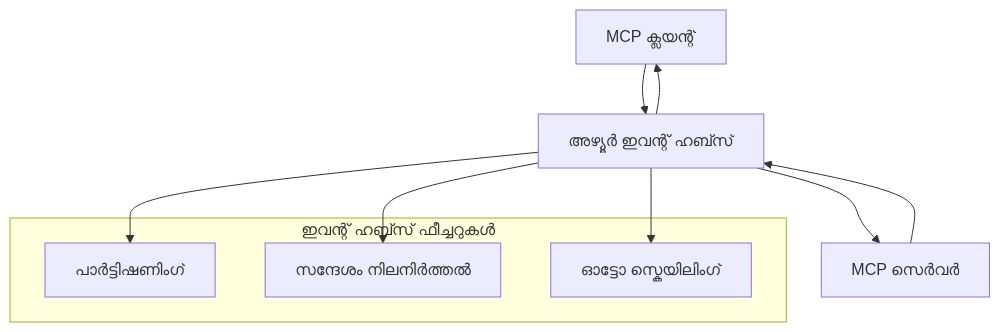
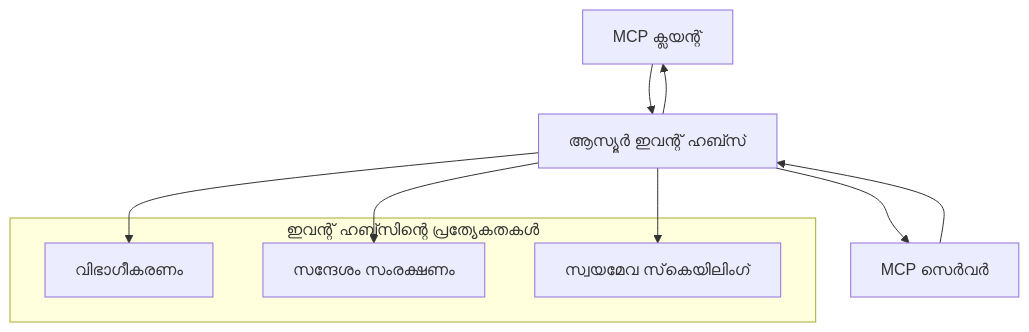
Before and after one commit to HIDORAKAI002/ai-workspace-archive: the second of 2 diagrams in mcp_ecosystem__model_context_protocol/mcp_learning_resources/mcp-for-beginners/translations/ml/05-AdvancedTopics/mcp-transport/README.md, drawn with Mermaid. The commit also changed other lines of this file and 1046 other files, not shown here.

````diff
--- a/mcp_ecosystem__model_context_protocol/mcp_learning_resources/mcp-for-beginners/translations/ml/05-AdvancedTopics/mcp-transport/README.md
+++ b/mcp_ecosystem__model_context_protocol/mcp_learning_resources/mcp-for-beginners/translations/ml/05-AdvancedTopics/mcp-transport/README.md
@@ -270,17 +272,17 @@
 ```mermaid
 graph TB
-    Client[MCP ക്ലയന്റ്] --> EH[അഴ്യൂർ ഇവന്റ് ഹബ്സ്]
+    Client[MCP ക്ലയന്റ്] --> EH[ആസ്യൂർ ഇവന്റ് ഹബ്സ്]
     EH --> Server[MCP സെർവർ]
     Server --> EH
     EH --> Client
     
-    subgraph "ഇവന്റ് ഹബ്സ് ഫീച്ചറുകൾ"
-        Partition[പാർട്ടിഷണിംഗ്]
-        Retention[സന്ദേശം നിലനിർത്തൽ]
-        Scaling[ഓട്ടോ സ്കെയിലിംഗ്]
+    subgraph "ഇവന്റ് ഹബ്സിന്റെ പ്രത്യേകതകൾ"
+        Partition[വിഭാഗീകരണം]
+        Retention[സന്ദേശം സംരക്ഷണം]
+        Scaling[സ്വയമേവ സ്‌കെയിലിംഗ്]
     end
     
     EH --> Partition
     EH --> Retention
     EH --> Scaling
 ```
````
